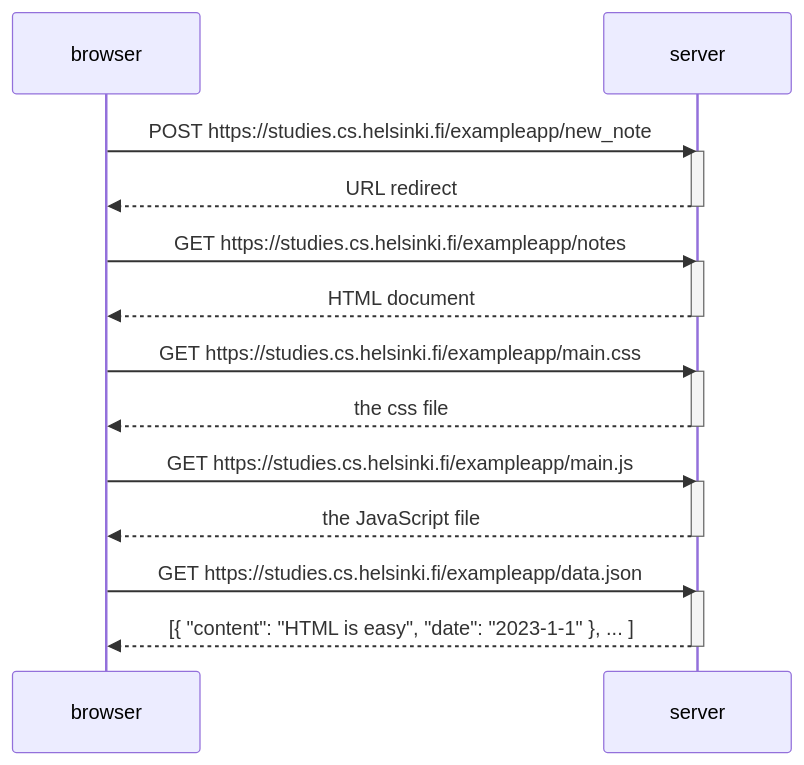
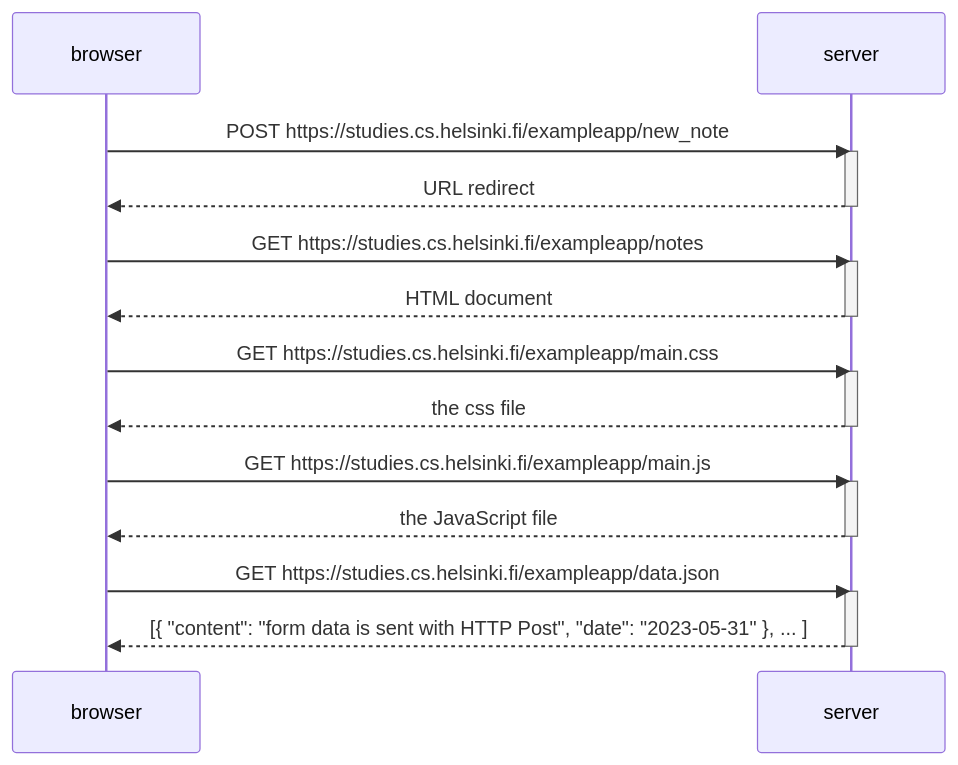
One commit to joekbullard/helsinki-mooc changed the diagram in part0/note.md. Above: the diagram before and after it, drawn with Mermaid.

````diff
--- a/part0/note.md
+++ b/part0/note.md
@@ -1,31 +1,31 @@
 ```mermaid
 sequenceDiagram
     participant browser
     participant server
     
     browser->>server: POST https://studies.cs.helsinki.fi/exampleapp/new_note
     activate server
     server-->>browser: URL redirect
     deactivate server
     
     browser->>server: GET https://studies.cs.helsinki.fi/exampleapp/notes
     activate server
     server-->>browser: HTML document
     deactivate server
     
     browser->>server: GET https://studies.cs.helsinki.fi/exampleapp/main.css
     activate server
     server-->>browser: the css file
     deactivate server
 
     browser->>server: GET https://studies.cs.helsinki.fi/exampleapp/main.js
     activate server
     server-->>browser: the JavaScript file
     deactivate server
     
     browser->>server: GET https://studies.cs.helsinki.fi/exampleapp/data.json
     activate server
-    server-->>browser: [{ "content": "HTML is easy", "date": "2023-1-1" }, ... ]
+    server-->>browser: [{ "content": "form data is sent with HTTP Post", "date": "2023-05-31" }, ... ]
     deactivate server
 
 ```    
````
